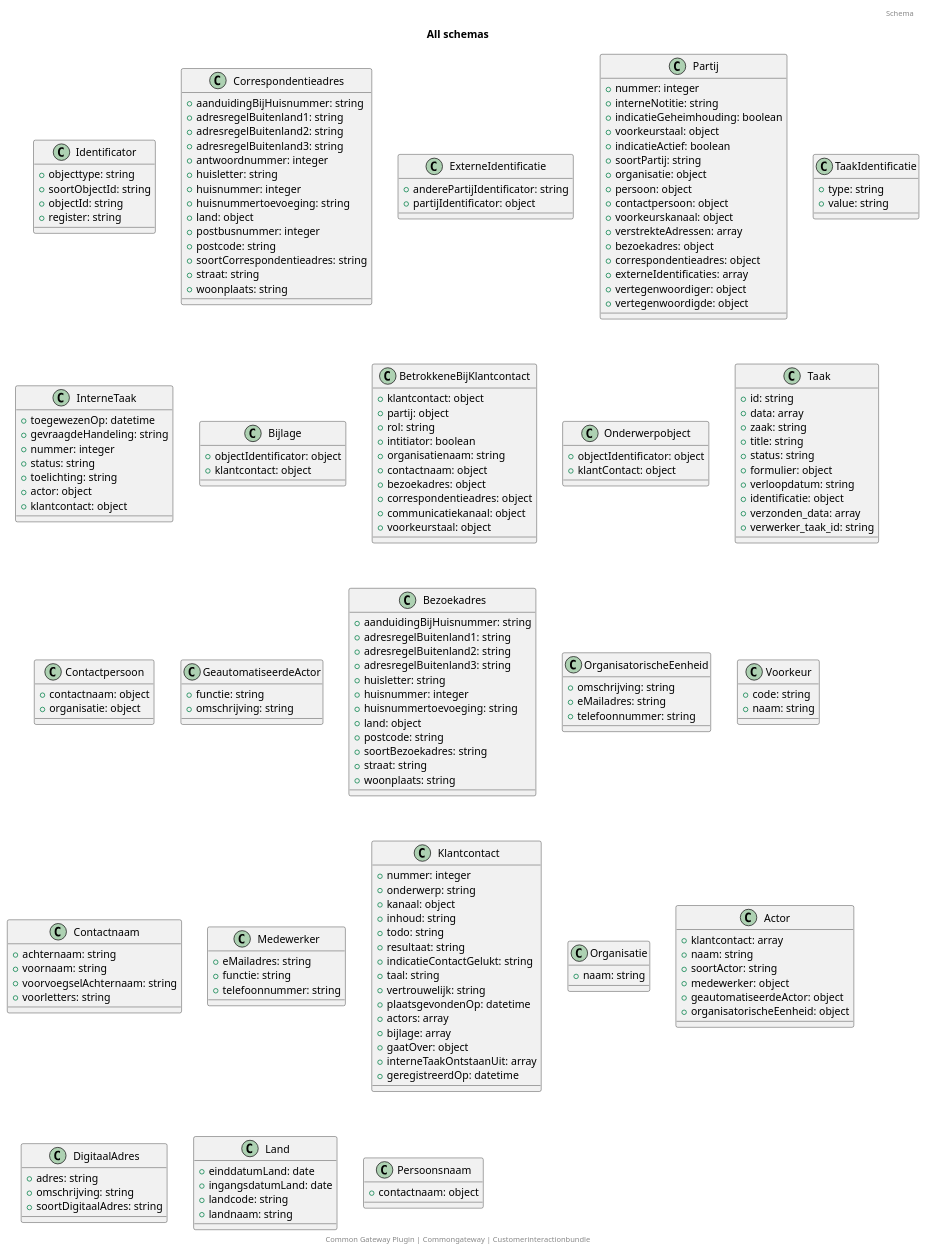
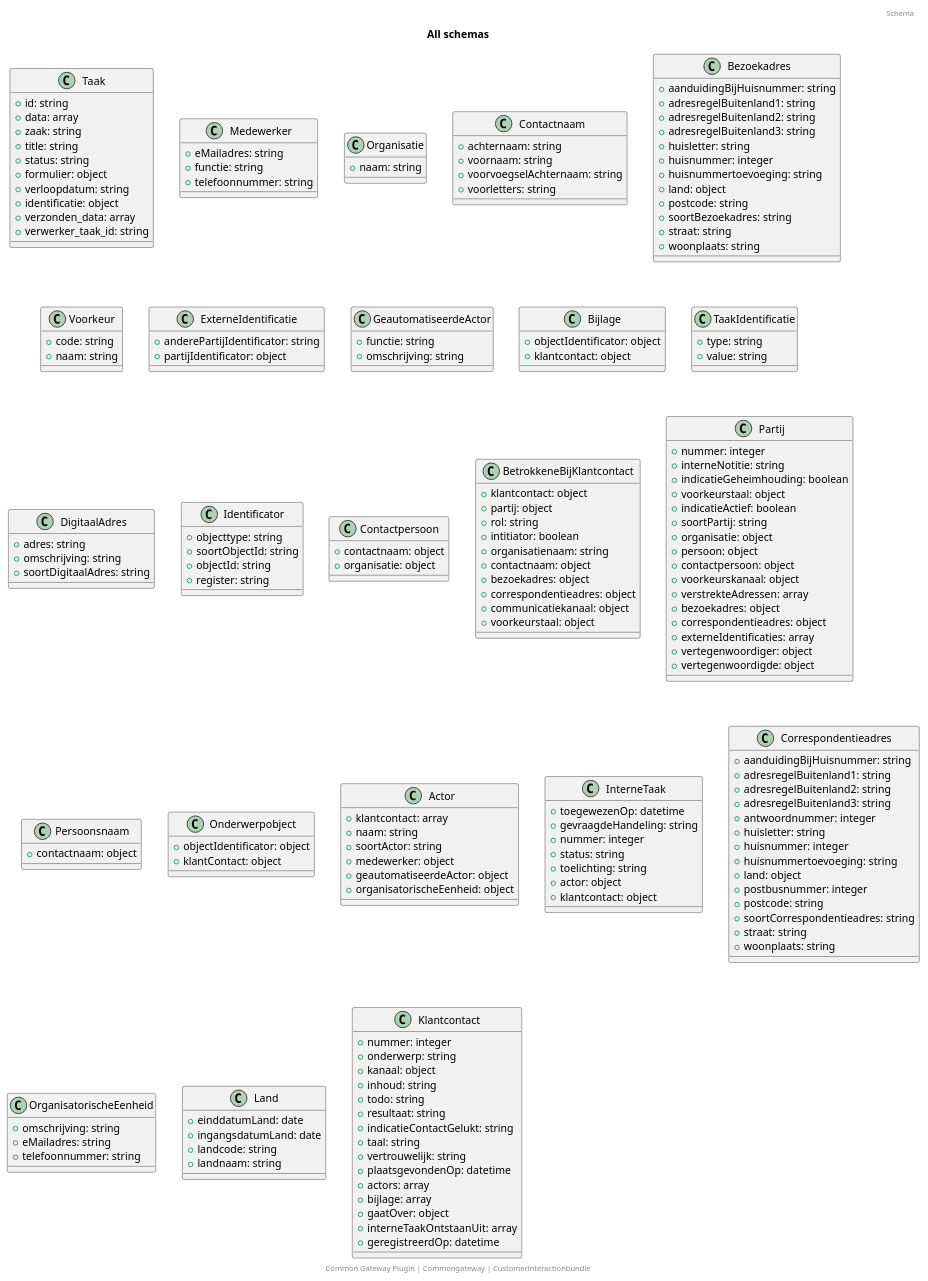
Before and after one commit to CommonGateway/CustomerInteractionBundle: the diagram in docs/schema/all_schema_classes.puml, drawn with PlantUML. The commit also changed other lines of this file and 24 other files, not shown here.

```diff
--- a/docs/schema/all_schema_classes.puml
+++ b/docs/schema/all_schema_classes.puml
@@ -1,178 +1,178 @@
 @startuml
 title: All schemas
 footer: Common Gateway Plugin | Commongateway | Customerinteractionbundle 
 header: Schema
+class Taak {
+  + id: string
+  + data: array
+  + zaak: string
+  + title: string
+  + status: string
+  + formulier: object
+  + verloopdatum: string
+  + identificatie: object
+  + verzonden_data: array
+  + verwerker_taak_id: string
+}
+class Medewerker {
+  + eMailadres: string
+  + functie: string
+  + telefoonnummer: string
+}
+class Organisatie {
+  + naam: string
+}
+class Contactnaam {
+  + achternaam: string
+  + voornaam: string
+  + voorvoegselAchternaam: string
+  + voorletters: string
+}
+class Bezoekadres {
+  + aanduidingBijHuisnummer: string
+  + adresregelBuitenland1: string
+  + adresregelBuitenland2: string
+  + adresregelBuitenland3: string
+  + huisletter: string
+  + huisnummer: integer
+  + huisnummertoevoeging: string
+  + land: object
+  + postcode: string
+  + soortBezoekadres: string
+  + straat: string
+  + woonplaats: string
+}
+class Voorkeur {
+  + code: string
+  + naam: string
+}
+class ExterneIdentificatie {
+  + anderePartijIdentificator: string
+  + partijIdentificator: object
+}
+class GeautomatiseerdeActor {
+  + functie: string
+  + omschrijving: string
+}
+class Bijlage {
+  + objectIdentificator: object
+  + klantcontact: object
+}
+class TaakIdentificatie {
+  + type: string
+  + value: string
+}
+class DigitaalAdres {
+  + adres: string
+  + omschrijving: string
+  + soortDigitaalAdres: string
+}
 class Identificator {
   + objecttype: string
   + soortObjectId: string
   + objectId: string
   + register: string
 }
-class Correspondentieadres {
-  + aanduidingBijHuisnummer: string
-  + adresregelBuitenland1: string
-  + adresregelBuitenland2: string
-  + adresregelBuitenland3: string
-  + antwoordnummer: integer
-  + huisletter: string
-  + huisnummer: integer
-  + huisnummertoevoeging: string
-  + land: object
-  + postbusnummer: integer
-  + postcode: string
-  + soortCorrespondentieadres: string
-  + straat: string
-  + woonplaats: string
+class Contactpersoon {
+  + contactnaam: object
+  + organisatie: object
 }
-class ExterneIdentificatie {
-  + anderePartijIdentificator: string
-  + partijIdentificator: object
+class BetrokkeneBijKlantcontact {
+  + klantcontact: object
+  + partij: object
+  + rol: string
+  + intitiator: boolean
+  + organisatienaam: string
+  + contactnaam: object
+  + bezoekadres: object
+  + correspondentieadres: object
+  + communicatiekanaal: object
+  + voorkeurstaal: object
 }
 class Partij {
   + nummer: integer
   + interneNotitie: string
   + indicatieGeheimhouding: boolean
   + voorkeurstaal: object
   + indicatieActief: boolean
   + soortPartij: string
   + organisatie: object
   + persoon: object
   + contactpersoon: object
   + voorkeurskanaal: object
   + verstrekteAdressen: array
   + bezoekadres: object
   + correspondentieadres: object
   + externeIdentificaties: array
   + vertegenwoordiger: object
   + vertegenwoordigde: object
 }
-class TaakIdentificatie {
-  + type: string
-  + value: string
+class Persoonsnaam {
+  + contactnaam: object
+}
+class Onderwerpobject {
+  + objectIdentificator: object
+  + klantContact: object
+}
+class Actor {
+  + klantcontact: array
+  + naam: string
+  + soortActor: string
+  + medewerker: object
+  + geautomatiseerdeActor: object
+  + organisatorischeEenheid: object
 }
 class InterneTaak {
   + toegewezenOp: datetime
   + gevraagdeHandeling: string
   + nummer: integer
   + status: string
   + toelichting: string
   + actor: object
   + klantcontact: object
 }
-class Bijlage {
-  + objectIdentificator: object
-  + klantcontact: object
-}
-class BetrokkeneBijKlantcontact {
-  + klantcontact: object
-  + partij: object
-  + rol: string
-  + intitiator: boolean
-  + organisatienaam: string
-  + contactnaam: object
-  + bezoekadres: object
-  + correspondentieadres: object
-  + communicatiekanaal: object
-  + voorkeurstaal: object
-}
-class Onderwerpobject {
-  + objectIdentificator: object
-  + klantContact: object
-}
-class Taak {
-  + id: string
-  + data: array
-  + zaak: string
-  + title: string
-  + status: string
-  + formulier: object
-  + verloopdatum: string
-  + identificatie: object
-  + verzonden_data: array
-  + verwerker_taak_id: string
-}
-class Contactpersoon {
-  + contactnaam: object
-  + organisatie: object
-}
-class GeautomatiseerdeActor {
-  + functie: string
-  + omschrijving: string
-}
-class Bezoekadres {
+class Correspondentieadres {
   + aanduidingBijHuisnummer: string
   + adresregelBuitenland1: string
   + adresregelBuitenland2: string
   + adresregelBuitenland3: string
+  + antwoordnummer: integer
   + huisletter: string
   + huisnummer: integer
   + huisnummertoevoeging: string
   + land: object
+  + postbusnummer: integer
   + postcode: string
-  + soortBezoekadres: string
+  + soortCorrespondentieadres: string
   + straat: string
   + woonplaats: string
 }
 class OrganisatorischeEenheid {
   + omschrijving: string
   + eMailadres: string
   + telefoonnummer: string
 }
-class Voorkeur {
-  + code: string
-  + naam: string
-}
-class Contactnaam {
-  + achternaam: string
-  + voornaam: string
-  + voorvoegselAchternaam: string
-  + voorletters: string
-}
-class Medewerker {
-  + eMailadres: string
-  + functie: string
-  + telefoonnummer: string
+class Land {
+  + einddatumLand: date
+  + ingangsdatumLand: date
+  + landcode: string
+  + landnaam: string
 }
 class Klantcontact {
   + nummer: integer
   + onderwerp: string
   + kanaal: object
   + inhoud: string
   + todo: string
   + resultaat: string
   + indicatieContactGelukt: string
   + taal: string
   + vertrouwelijk: string
   + plaatsgevondenOp: datetime
   + actors: array
   + bijlage: array
   + gaatOver: object
   + interneTaakOntstaanUit: array
   + geregistreerdOp: datetime
 }
-class Organisatie {
-  + naam: string
-}
-class Actor {
-  + klantcontact: array
-  + naam: string
-  + soortActor: string
-  + medewerker: object
-  + geautomatiseerdeActor: object
-  + organisatorischeEenheid: object
-}
-class DigitaalAdres {
-  + adres: string
-  + omschrijving: string
-  + soortDigitaalAdres: string
-}
-class Land {
-  + einddatumLand: date
-  + ingangsdatumLand: date
-  + landcode: string
-  + landnaam: string
-}
-class Persoonsnaam {
-  + contactnaam: object
-}
 @enduml
```
